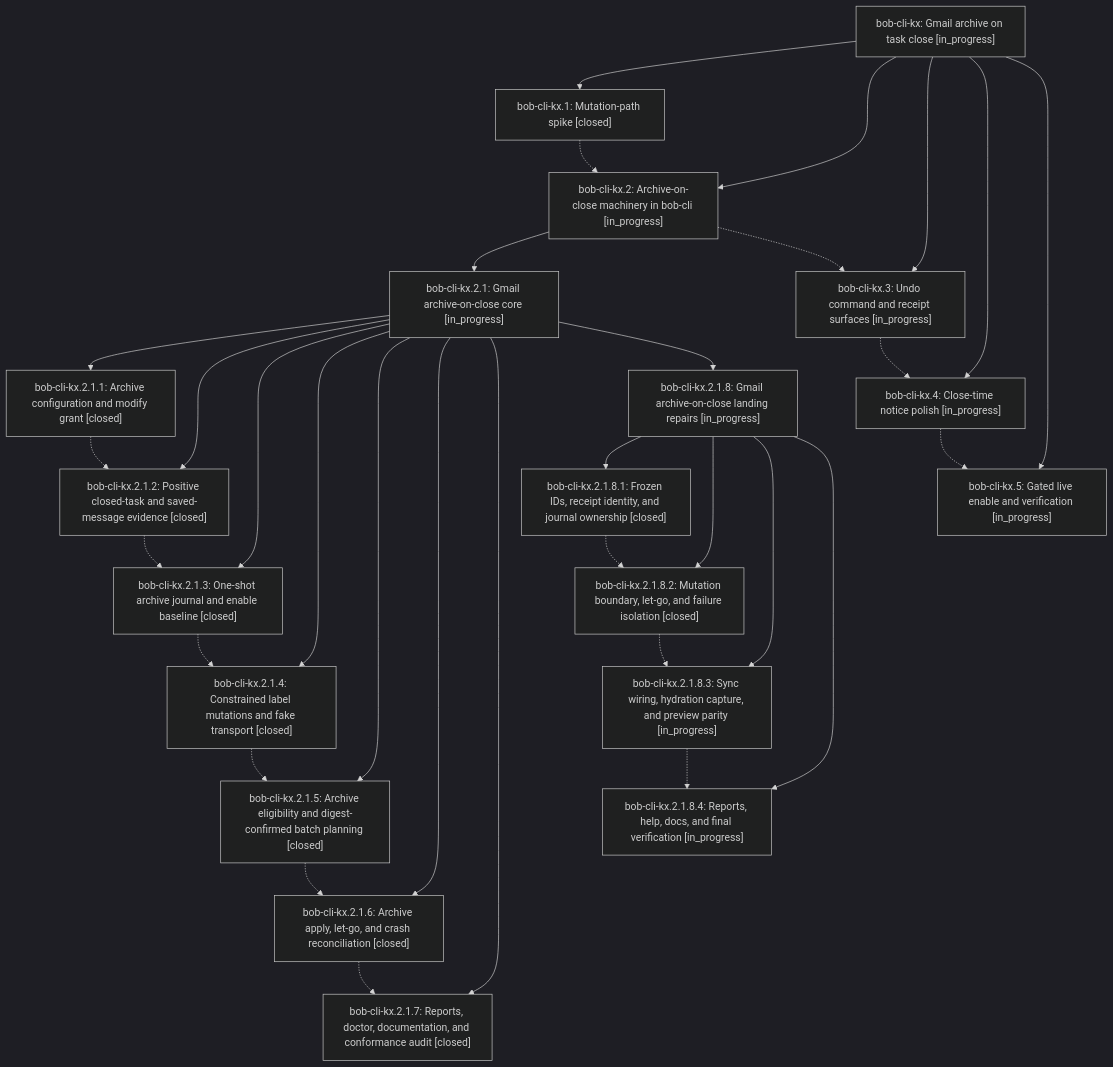
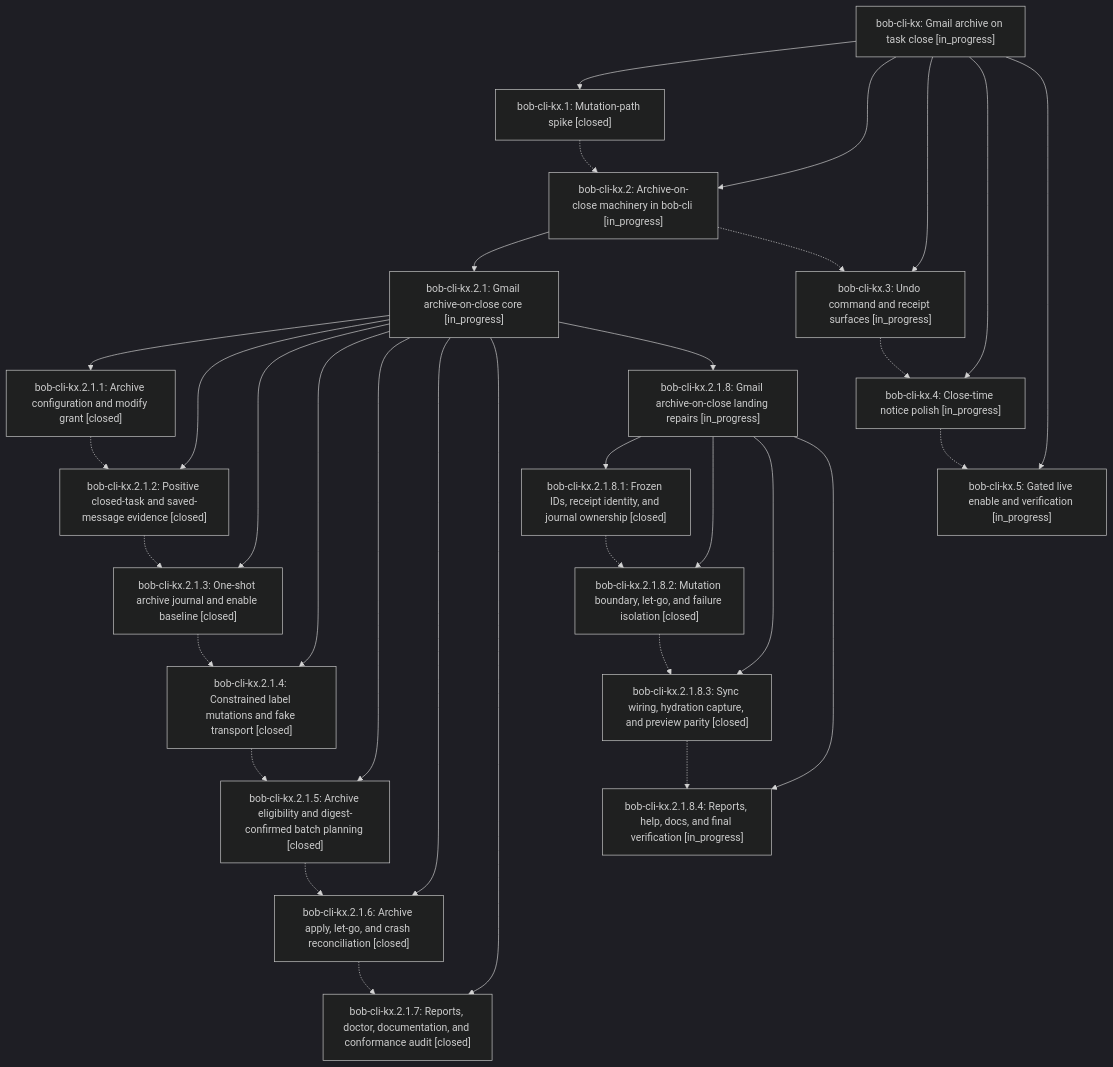
The diagram in pages/bob-cli-kx/README.md (bobs-org/bob-cli--beads), drawn with Mermaid (dark theme) before and after one commit. The commit also changed other lines of this file and 4 other files, not shown here.

First line of the commit message:
chore(beads): sync bead state and pages for bob-cli-kx

````diff
--- a/pages/bob-cli-kx/README.md
+++ b/pages/bob-cli-kx/README.md
@@ -38,53 +38,53 @@
 ```mermaid
 flowchart TD
     n0["bob-cli-kx: Gmail archive on task close [in_progress]"]
     n1["bob-cli-kx.1: Mutation-path spike [closed]"]
     n2["bob-cli-kx.2: Archive-on-close machinery in bob-cli [in_progress]"]
     n3["bob-cli-kx.2.1: Gmail archive-on-close core [in_progress]"]
     n4["bob-cli-kx.2.1.1: Archive configuration and modify grant [closed]"]
     n5["bob-cli-kx.2.1.2: Positive closed-task and saved-message evidence [closed]"]
     n6["bob-cli-kx.2.1.3: One-shot archive journal and enable baseline [closed]"]
     n7["bob-cli-kx.2.1.4: Constrained label mutations and fake transport [closed]"]
     n8["bob-cli-kx.2.1.5: Archive eligibility and digest-confirmed batch planning [closed]"]
     n9["bob-cli-kx.2.1.6: Archive apply, let-go, and crash reconciliation [closed]"]
     n10["bob-cli-kx.2.1.7: Reports, doctor, documentation, and conformance audit [closed]"]
     n11["bob-cli-kx.2.1.8: Gmail archive-on-close landing repairs [in_progress]"]
     n12["bob-cli-kx.2.1.8.1: Frozen IDs, receipt identity, and journal ownership [closed]"]
     n13["bob-cli-kx.2.1.8.2: Mutation boundary, let-go, and failure isolation [closed]"]
-    n14["bob-cli-kx.2.1.8.3: Sync wiring, hydration capture, and preview parity [in_progress]"]
+    n14["bob-cli-kx.2.1.8.3: Sync wiring, hydration capture, and preview parity [closed]"]
     n15["bob-cli-kx.2.1.8.4: Reports, help, docs, and final verification [in_progress]"]
     n16["bob-cli-kx.3: Undo command and receipt surfaces [in_progress]"]
     n17["bob-cli-kx.4: Close-time notice polish [in_progress]"]
     n18["bob-cli-kx.5: Gated live enable and verification [in_progress]"]
     n0 --> n1
     n0 --> n2
     n2 --> n3
     n3 --> n4
     n3 --> n5
     n3 --> n6
     n3 --> n7
     n3 --> n8
     n3 --> n9
     n3 --> n10
     n3 --> n11
     n11 --> n12
     n11 --> n13
     n11 --> n14
     n11 --> n15
     n0 --> n16
     n0 --> n17
     n0 --> n18
     n1 -.-> n2
     n2 -.-> n16
     n4 -.-> n5
     n5 -.-> n6
     n6 -.-> n7
     n7 -.-> n8
     n8 -.-> n9
     n9 -.-> n10
     n12 -.-> n13
     n13 -.-> n14
     n14 -.-> n15
     n16 -.-> n17
     n17 -.-> n18
 ```
````
